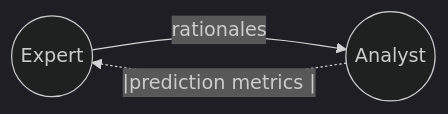
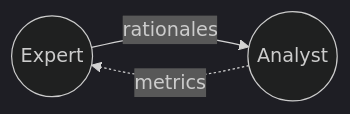
The third of 3 diagrams in tune-chatgpt/notes.md (borisdev/research), drawn with Mermaid (dark theme) before and after one commit.

Commit message:
experiment new flow chart

````diff
--- a/tune-chatgpt/notes.md
+++ b/tune-chatgpt/notes.md
@@ -31,5 +31,5 @@
 ```mermaid
 flowchart LR
     E((Expert))-- rationales -->A((Analyst))
-    A((Analyst))-.|prediction metrics |.->E((Expert))
+    A((Analyst))-. metrics .->E((Expert))
 ```
````
